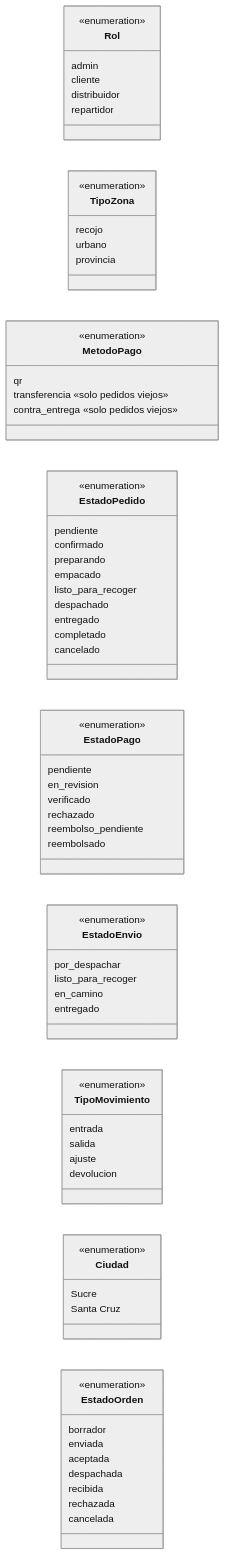
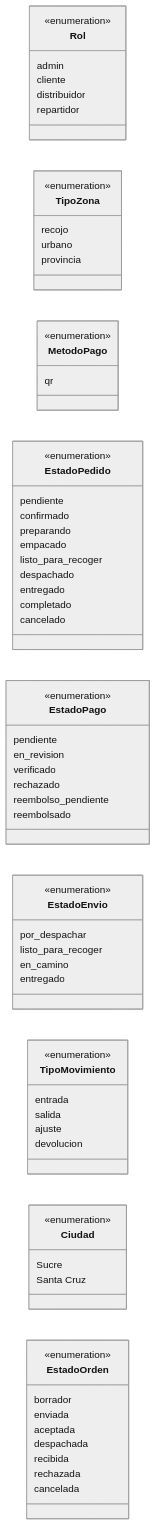
The third of 3 diagrams in docs/uml/clases.md (Almartinezlima/AML-AgroTech), drawn with Mermaid (neutral theme) before and after one commit. The commit also changed other lines of this file and 25 other files, not shown here.

````diff
--- a/docs/uml/clases.md
+++ b/docs/uml/clases.md
@@ -324,73 +325,71 @@
 ```mermaid
 classDiagram
   direction LR
   class Rol {
     <<enumeration>>
     admin
     cliente
     distribuidor
     repartidor
   }
   class TipoZona {
     <<enumeration>>
     recojo
     urbano
     provincia
   }
   class MetodoPago {
     <<enumeration>>
     qr
-    transferencia «solo pedidos viejos»
-    contra_entrega «solo pedidos viejos»
   }
   class EstadoPedido {
     <<enumeration>>
     pendiente
     confirmado
     preparando
     empacado
     listo_para_recoger
     despachado
     entregado
     completado
     cancelado
   }
   class EstadoPago {
     <<enumeration>>
     pendiente
     en_revision
     verificado
     rechazado
     reembolso_pendiente
     reembolsado
   }
   class EstadoEnvio {
     <<enumeration>>
     por_despachar
     listo_para_recoger
     en_camino
     entregado
   }
   class TipoMovimiento {
     <<enumeration>>
     entrada
     salida
     ajuste
     devolucion
   }
   class Ciudad {
     <<enumeration>>
     Sucre
     Santa Cruz
   }
   class EstadoOrden {
     <<enumeration>>
     borrador
     enviada
     aceptada
     despachada
     recibida
     rechazada
     cancelada
   }
 ```
````
